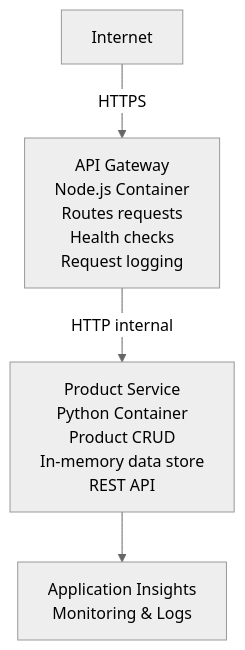
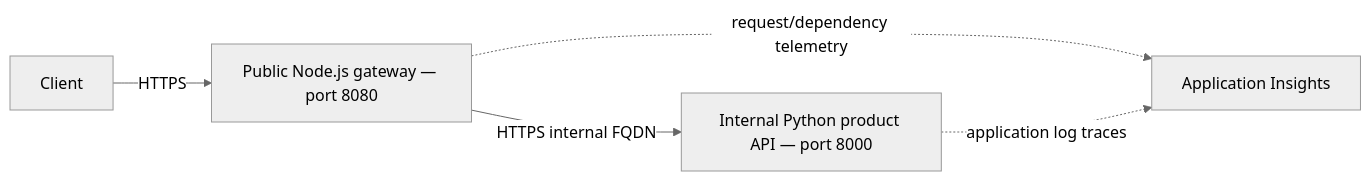
The diagram in examples/container-app/microservices/README.md (microsoft/AZD-for-beginners), drawn with Mermaid (neutral theme) before and after one commit. The commit also changed other lines of this file and 104 other files, not shown here.

````diff
--- a/examples/container-app/microservices/README.md
+++ b/examples/container-app/microservices/README.md
@@ -23,6 +16,7 @@
 ```mermaid
-graph TD
-    Internet[Internet] -- HTTPS --> Gateway[API Gateway<br/>Node.js Container<br/>Routes requests<br/>Health checks<br/>Request logging]
-    Gateway -- HTTP internal --> Product[Product Service<br/>Python Container<br/>Product CRUD<br/>In-memory data store<br/>REST API]
-    Product --> Insights[Application Insights<br/>Monitoring & Logs]
+flowchart LR
+    Client -->|HTTPS| Gateway[Public Node.js gateway — port 8080]
+    Gateway -->|HTTPS internal FQDN| Product[Internal Python product API — port 8000]
+    Gateway -. request/dependency telemetry .-> Insights[Application Insights]
+    Product -. application log traces .-> Insights
 ```
````
